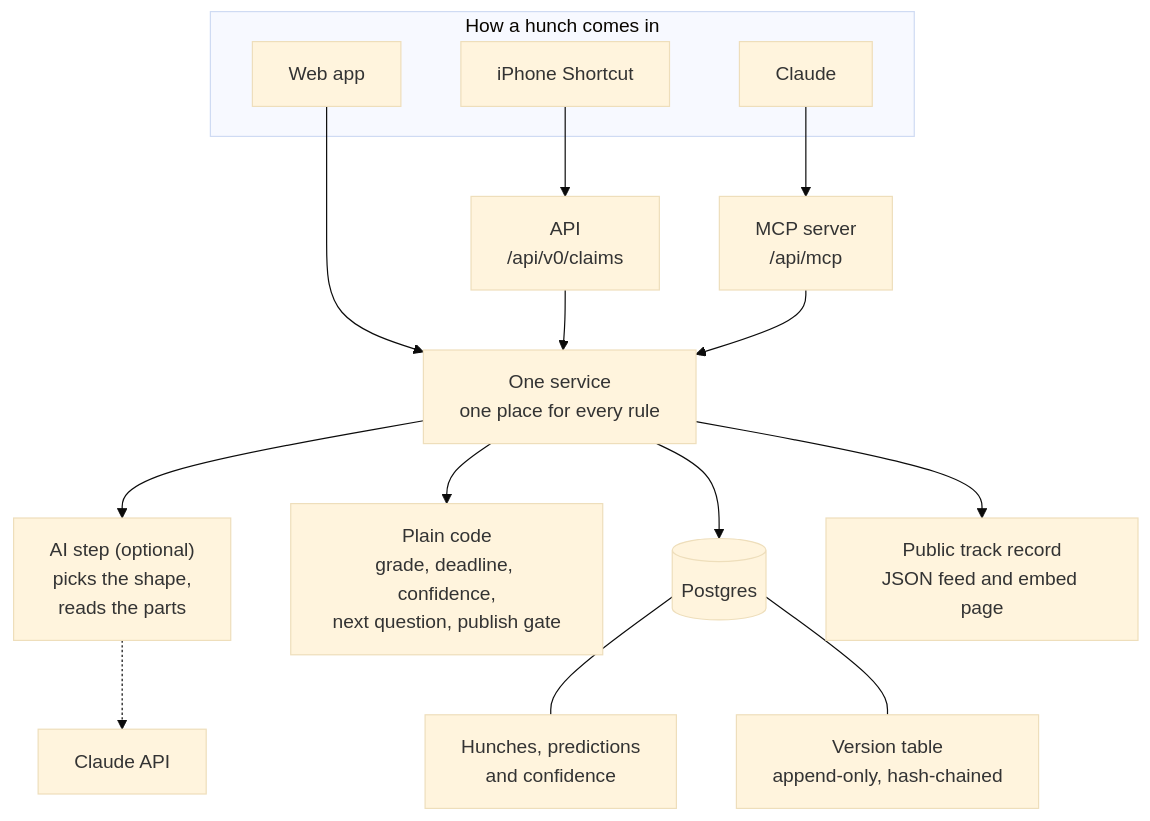
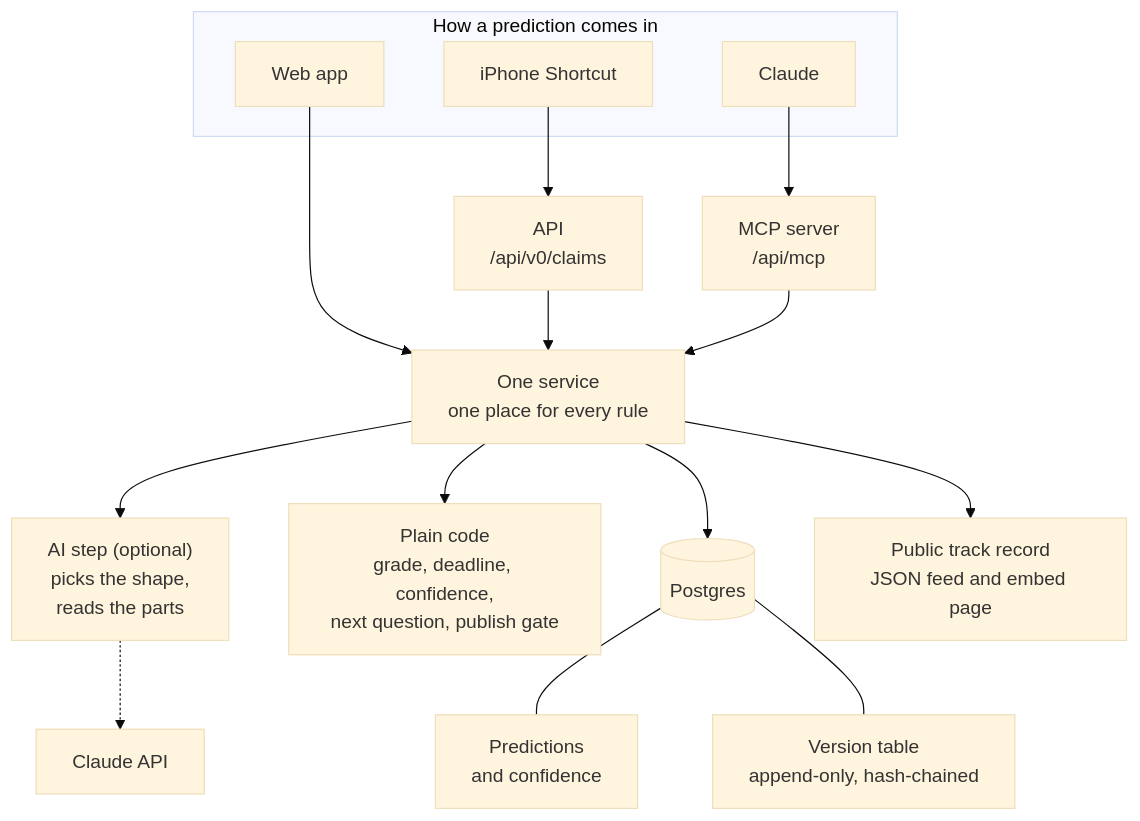
The diagram in README.md (mfaldet/my-mark-to-market), drawn with Mermaid (base theme) before and after one commit. The commit also changed other lines of this file and 59 other files, not shown here.

````diff
--- a/README.md
+++ b/README.md
@@ -78,27 +78,27 @@
 ```mermaid
 flowchart TD
-    subgraph sources["How a hunch comes in"]
+    subgraph sources["How a prediction comes in"]
         web["Web app"]
         shortcut["iPhone Shortcut"]
         claude["Claude"]
     end
 
     api["API<br/>/api/v0/claims"]
     mcp["MCP server<br/>/api/mcp"]
 
     web --> service
     shortcut --> api --> service
     claude --> mcp --> service
 
     service["One service<br/>one place for every rule"]
 
     service --> ai["AI step (optional)<br/>picks the shape,<br/>reads the parts"]
     ai -.-> anthropic["Claude API"]
     service --> code["Plain code<br/>grade, deadline, confidence,<br/>next question, publish gate"]
 
     service --> db[("Postgres")]
-    db --- claims["Hunches, predictions<br/>and confidence"]
+    db --- claims["Predictions<br/>and confidence"]
     db --- versions["Version table<br/>append-only, hash-chained"]
 
     service --> public["Public track record<br/>JSON feed and embed page"]
 ```
````
